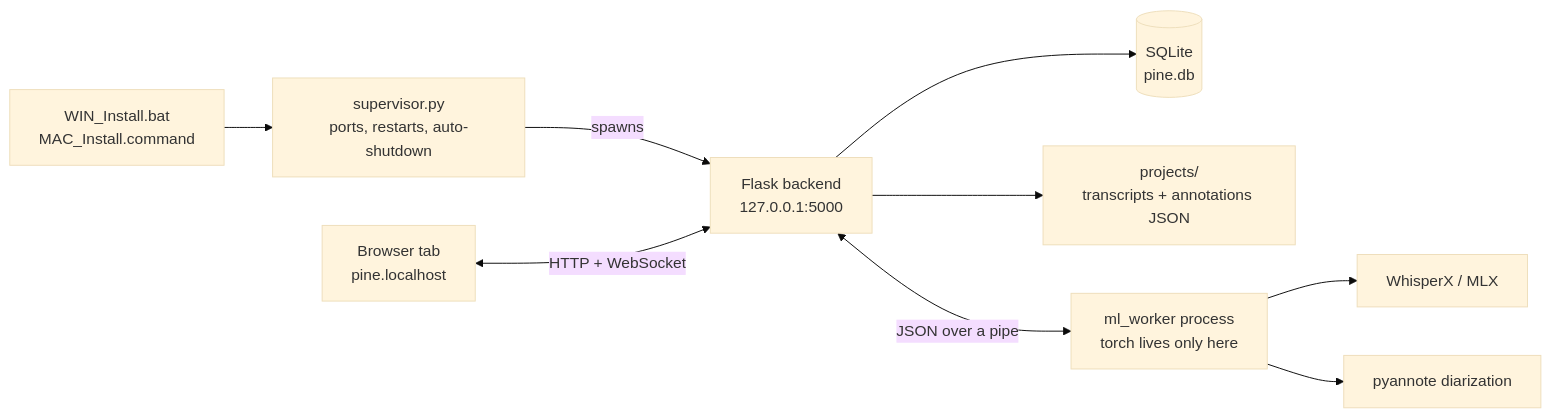
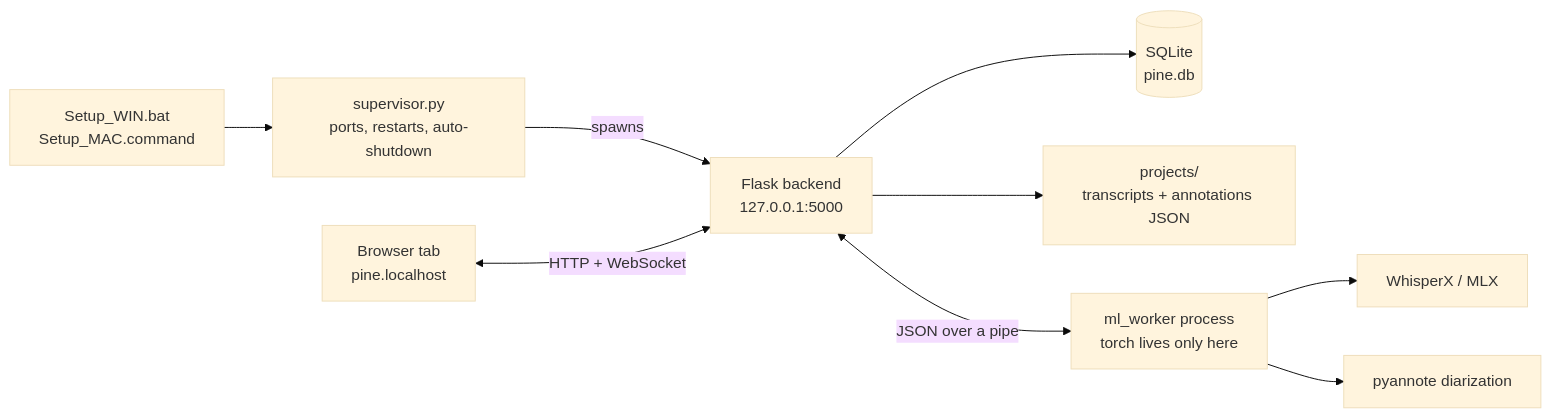
Before and after one commit to paul815/PINE: the diagram in README.md, drawn with Mermaid (base theme). The commit also changed other lines of this file and 17 other files, not shown here.

First line of the commit message:
Rename the installers to Setup_WIN and Setup_MAC

````diff
--- a/README.md
+++ b/README.md
@@ -261,11 +261,11 @@
 ```mermaid
 flowchart LR
-    L["WIN_Install.bat<br/>MAC_Install.command"] --> S["supervisor.py<br/>ports, restarts, auto-shutdown"]
+    L["Setup_WIN.bat<br/>Setup_MAC.command"] --> S["supervisor.py<br/>ports, restarts, auto-shutdown"]
     S -->|spawns| B["Flask backend<br/>127.0.0.1:5000"]
     BR["Browser tab<br/>pine.localhost"] <-->|HTTP + WebSocket| B
     B --> DB[("SQLite<br/>pine.db")]
     B --> FS["projects/<br/>transcripts + annotations JSON"]
     B <-->|JSON over a pipe| W["ml_worker process<br/>torch lives only here"]
     W --> ASR["WhisperX / MLX"]
     W --> DIA["pyannote diarization"]
 ```
````
